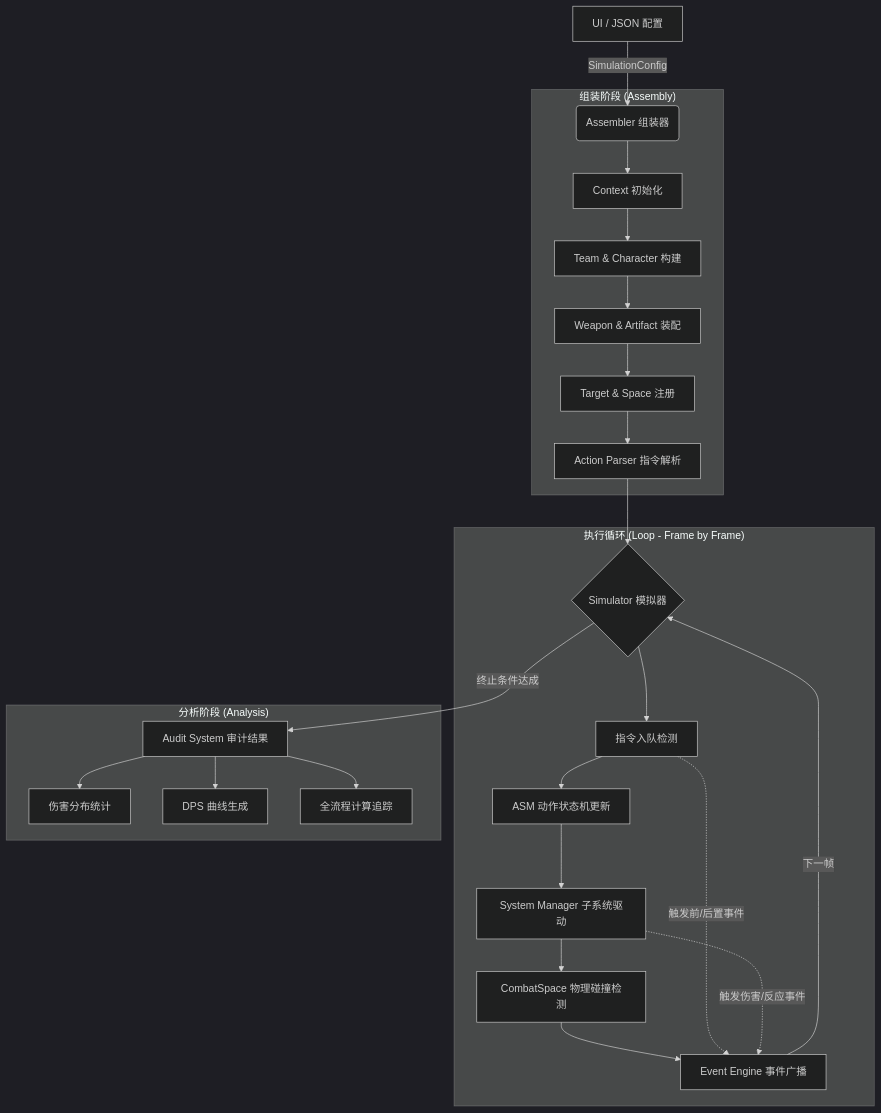
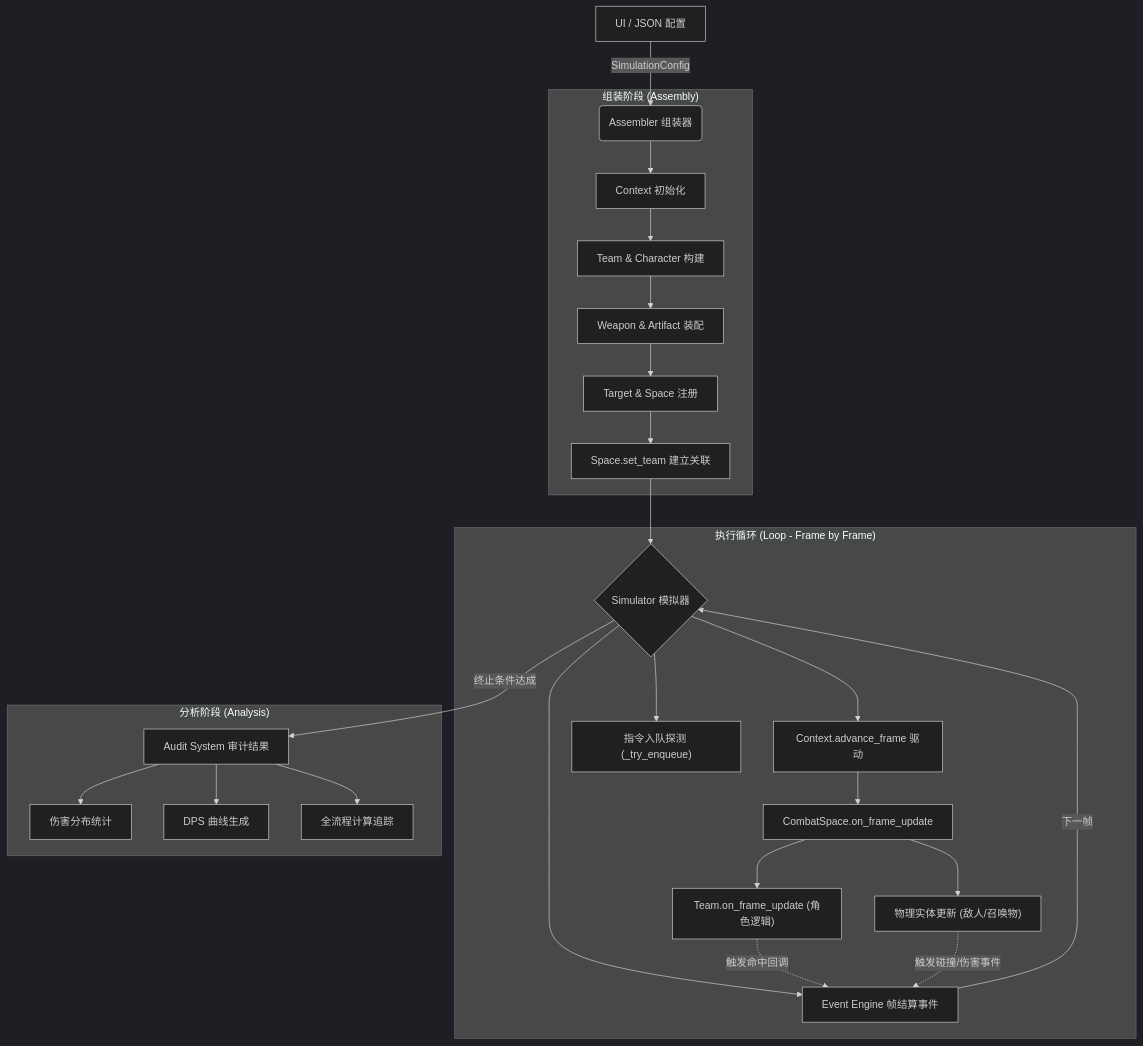
One commit to MCZME/Genshin-Damage-calculation changed the diagram in docs/architecture/system/模拟流程详述.md. Above: the diagram before and after it, drawn with Mermaid (dark theme). The commit also changed other lines of this file and 3 other files, not shown here.

First line of the commit message:
docs: 更新 CombatSpace 和模拟流程架构

````diff
--- a/docs/architecture/system/模拟流程详述.md
+++ b/docs/architecture/system/模拟流程详述.md
@@ -9,34 +9,35 @@
 ```mermaid
 flowchart TD
     A["UI / JSON 配置"] -- "SimulationConfig" --> B("Assembler 组装器")
     
     subgraph Assembly ["组装阶段 (Assembly)"]
         B --> B1["Context 初始化"]
         B1 --> B2["Team & Character 构建"]
         B2 --> B3["Weapon & Artifact 装配"]
         B3 --> B4["Target & Space 注册"]
-        B4 --> B5["Action Parser 指令解析"]
+        B4 --> B5["Space.set_team 建立关联"]
     end
 
     B5 --> C{"Simulator 模拟器"}
 
     subgraph Loop ["执行循环 (Loop - Frame by Frame)"]
-        C --> C1["指令入队检测"]
-        C1 --> C2["ASM 动作状态机更新"]
-        C2 --> C3["System Manager 子系统驱动"]
-        C3 --> C4["CombatSpace 物理碰撞检测"]
-        C4 --> C5["Event Engine 事件广播"]
-        C5 -- "下一帧" --> C
+        C --> C1["Context.advance_frame 驱动"]
+        C1 --> C2["CombatSpace.on_frame_update"]
+        C2 --> C3["Team.on_frame_update (角色逻辑)"]
+        C2 --> C4["物理实体更新 (敌人/召唤物)"]
+        C --> C5["指令入队探测 (_try_enqueue)"]
+        C --> C6["Event Engine 帧结算事件"]
+        C6 -- "下一帧" --> C
     end
 
-    C1 -. "触发前/后置事件" .-> C5
-    C3 -. "触发伤害/反应事件" .-> C5
+    C3 -. "触发命中回调" .-> C6
+    C4 -. "触发碰撞/伤害事件" .-> C6
 
     C -- "终止条件达成" --> D["Audit System 审计结果"]
     
     subgraph Analysis ["分析阶段 (Analysis)"]
         D --> D1["伤害分布统计"]
         D --> D2["DPS 曲线生成"]
         D --> D3["全流程计算追踪"]
     end
 ```
````
